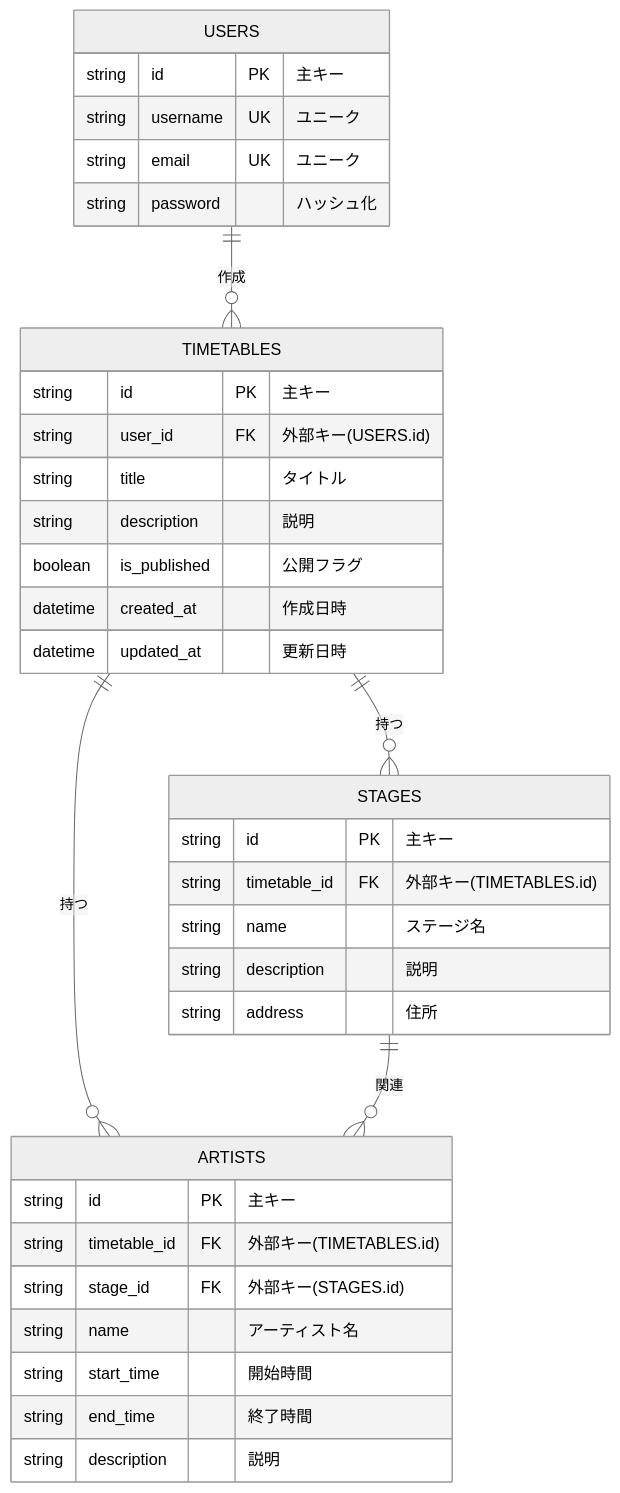
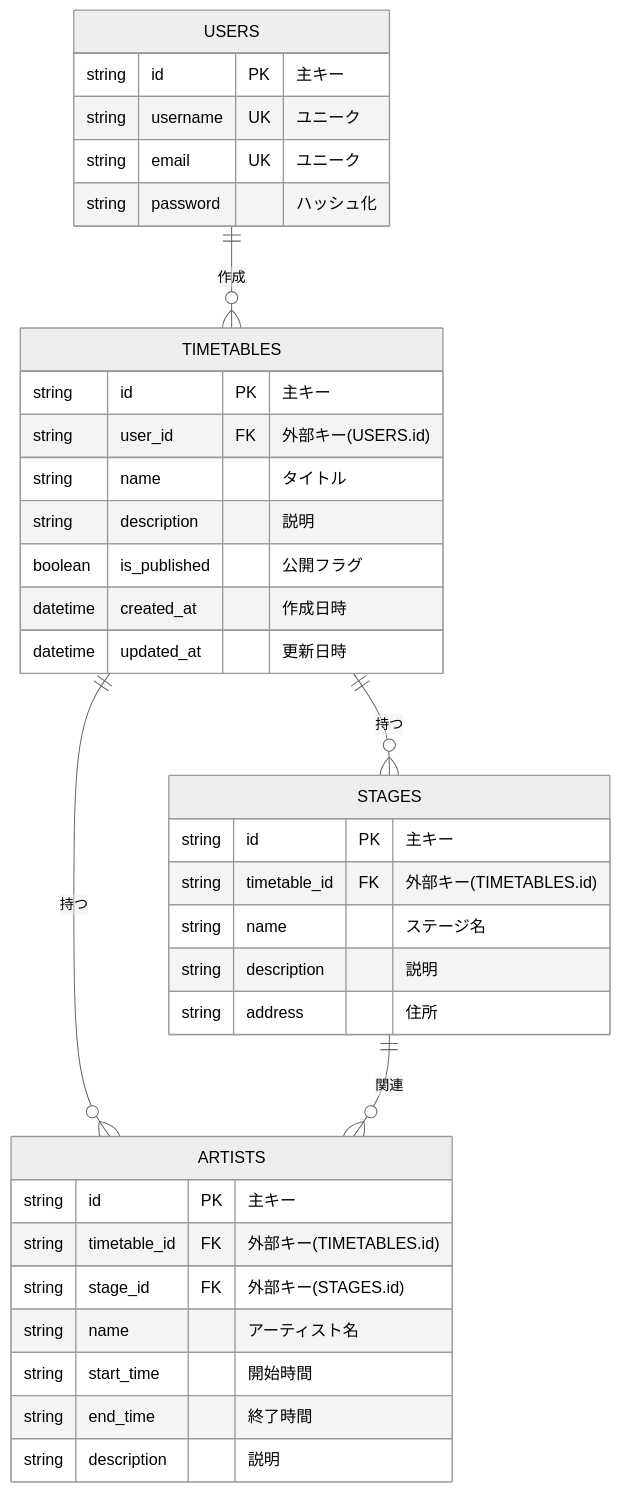
The first of 2 diagrams in .github/copilot-instructions.md (yyoshidaweb/minnanotimetable), drawn with Mermaid (neutral theme) before and after one commit. The commit also changed 2 other files, not shown here.

Commit message:
feat: タイムテーブル表示ページのUIプロトタイプ完成

````diff
--- a/.github/copilot-instructions.md
+++ b/.github/copilot-instructions.md
@@ -147,42 +147,42 @@
 ```mermaid
 erDiagram
     USERS {
         string id PK "主キー"
         string username UK "ユニーク"
         string email UK "ユニーク"
         string password "ハッシュ化"
     }
 
     TIMETABLES {
         string id PK "主キー"
         string user_id FK "外部キー(USERS.id)"
-        string title "タイトル"
+        string name "タイトル"
         string description "説明"
         boolean is_published "公開フラグ"
         datetime created_at "作成日時"
         datetime updated_at "更新日時"
     }
 
     STAGES {
         string id PK "主キー"
         string timetable_id FK "外部キー(TIMETABLES.id)"
         string name "ステージ名"
         string description "説明"
         string address "住所"
     }
 
     ARTISTS {
         string id PK "主キー"
         string timetable_id FK "外部キー(TIMETABLES.id)"
         string stage_id FK "外部キー(STAGES.id)"
         string name "アーティスト名"
         string start_time "開始時間"
         string end_time "終了時間"
         string description "説明"
     }
 
     USERS ||--o{ TIMETABLES : "作成"
     TIMETABLES ||--o{ STAGES : "持つ"
     TIMETABLES ||--o{ ARTISTS : "持つ"
     STAGES ||--o{ ARTISTS : "関連"
 ```
````
